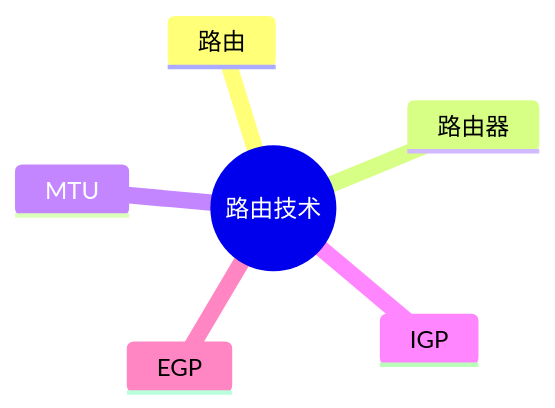
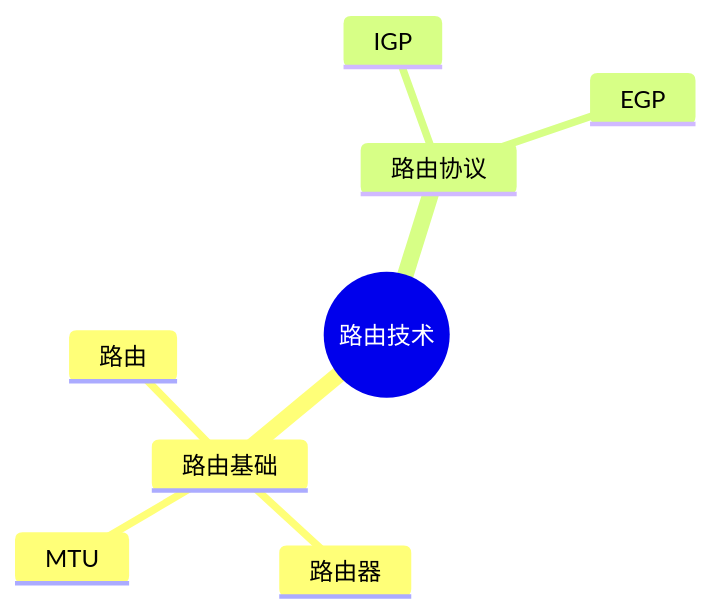
The first of 2 diagrams in docs/ruankao/system-architect/chapters/chapter-05/07-routing.md (skylonely/sgao-website), drawn with Mermaid before and after one commit. The commit also changed other lines of this file and 39 other files, not shown here.

Commit message:
fix: Mermaid 思维导图

````diff
--- a/docs/ruankao/system-architect/chapters/chapter-05/07-routing.md
+++ b/docs/ruankao/system-architect/chapters/chapter-05/07-routing.md
@@ -36,9 +36,11 @@
 ```mermaid
 mindmap
   root((路由技术))
-    路由
-    路由器
-    MTU
-    IGP
-    EGP
+    路由基础
+      路由
+      路由器
+      MTU
+    路由协议
+      IGP
+      EGP
 ```
````
